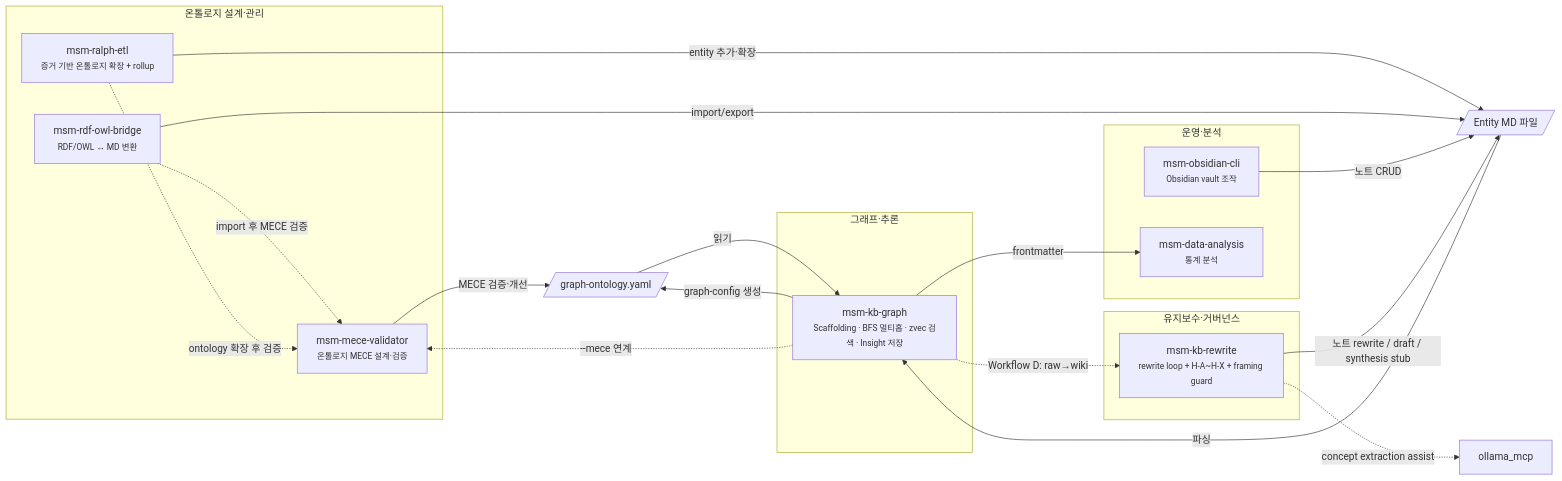
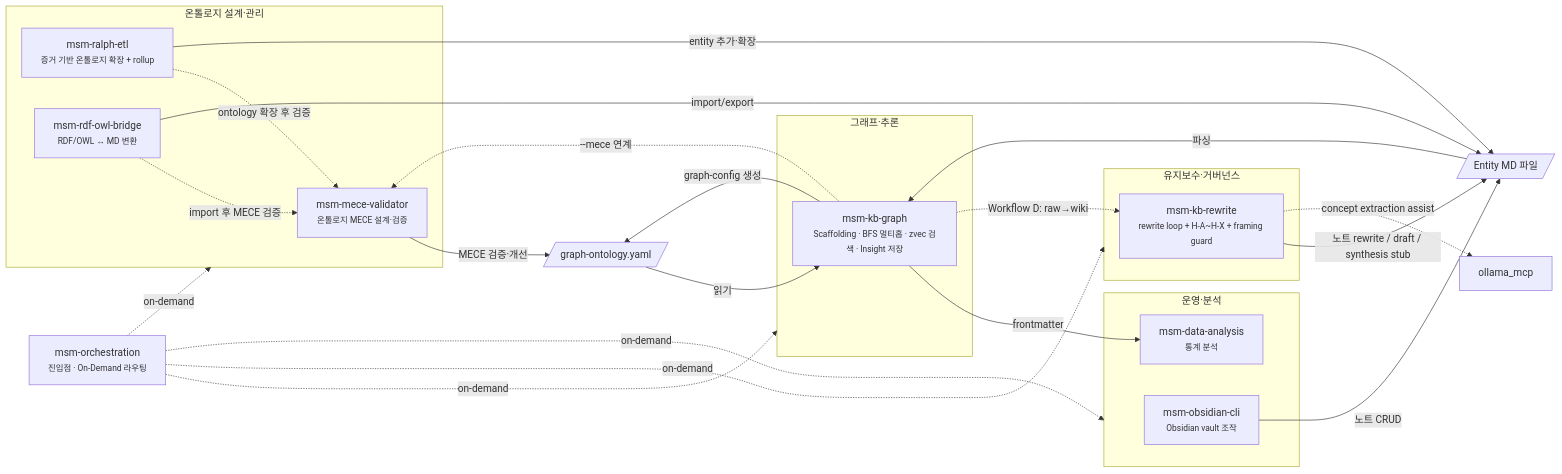
The second of 2 diagrams in README.md (WMJOON/markdown-scaffolding-multihop), drawn with Mermaid before and after one commit. The commit also changed other lines of this file, not shown here.

First line of the commit message:
docs: 오케스트레이션 진입점 구조 및 Thick 스킬 통합 검토 내용 반영

````diff
--- a/README.md
+++ b/README.md
@@ -91,35 +93,42 @@
 ```mermaid
 flowchart LR
+    ORCH["msm-orchestration<br/><small>진입점 · On-Demand 라우팅</small>"]
+
     subgraph 온톨로지["온톨로지 설계·관리"]
         mece["msm-mece-validator<br/><small>온톨로지 MECE 설계·검증</small>"]
         ralph["msm-ralph-etl<br/><small>증거 기반 온톨로지 확장 + rollup</small>"]
         rdf["msm-rdf-owl-bridge<br/><small>RDF/OWL ↔ MD 변환</small>"]
     end
     subgraph 그래프추론["그래프·추론"]
         kbgraph["msm-kb-graph<br/><small>Scaffolding · BFS 멀티홉 · zvec 검색 · Insight 저장</small>"]
     end
     subgraph 유지보수["유지보수·거버넌스"]
         kbrewrite["msm-kb-rewrite<br/><small>rewrite loop + H-A~H-X + framing guard</small>"]
     end
     subgraph 운영분석["운영·분석"]
         obsidian["msm-obsidian-cli<br/><small>Obsidian vault 조작</small>"]
         analysis["msm-data-analysis<br/><small>통계 분석</small>"]
     end
+
+    ORCH -.->|on-demand| 온톨로지
+    ORCH -.->|on-demand| 그래프추론
+    ORCH -.->|on-demand| 유지보수
+    ORCH -.->|on-demand| 운영분석
 
     config[/"graph-ontology.yaml"/]
     entities[/"Entity MD 파일"/]
     kbgraph -- "graph-config 생성" --> config
     kbgraph -. "--mece 연계" .-> mece
     rdf -. "import 후 MECE 검증" .-> mece
     ralph -. "ontology 확장 후 검증" .-> mece
     mece -- "MECE 검증·개선" --> config
     config -- "읽기" --> kbgraph
     ralph -- "entity 추가·확장" --> entities
     rdf -- "import/export" --> entities
     obsidian -- "노트 CRUD" --> entities
     entities -- "파싱" --> kbgraph
     kbgraph -- "frontmatter" --> analysis
     kbrewrite -- "노트 rewrite / draft / synthesis stub" --> entities
     kbrewrite -. "concept extraction assist" .-> ollama["ollama_mcp"]
     kbgraph -. "Workflow D: raw→wiki" .-> kbrewrite
 ```
````
